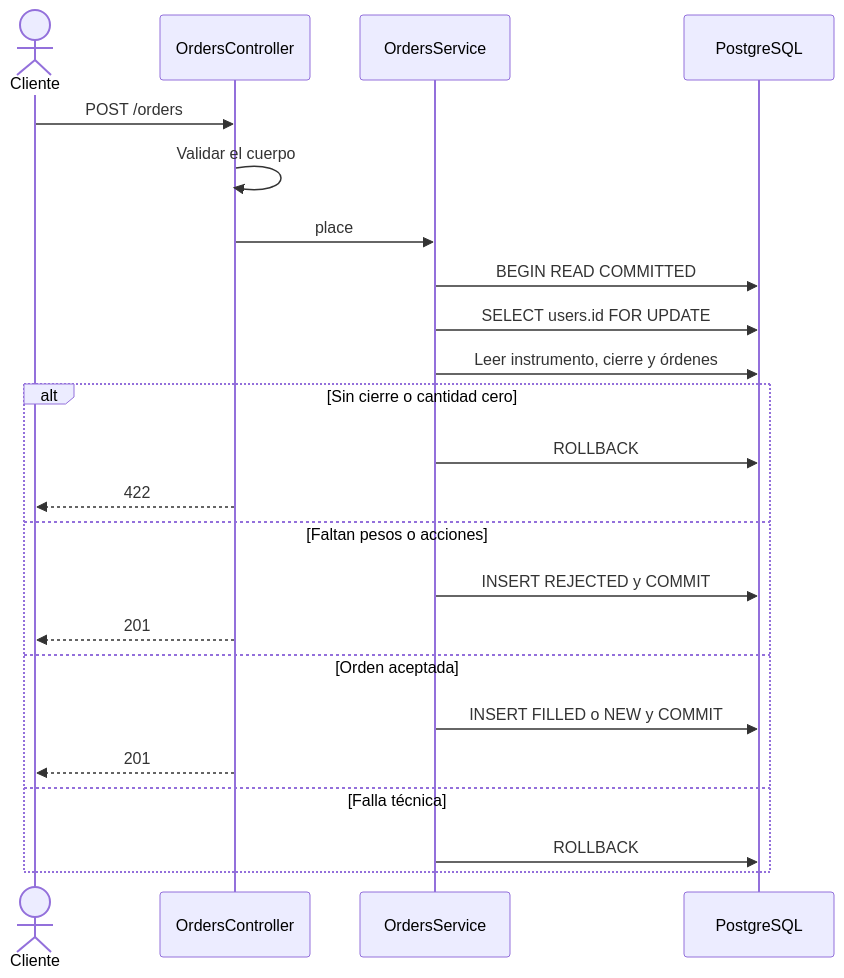
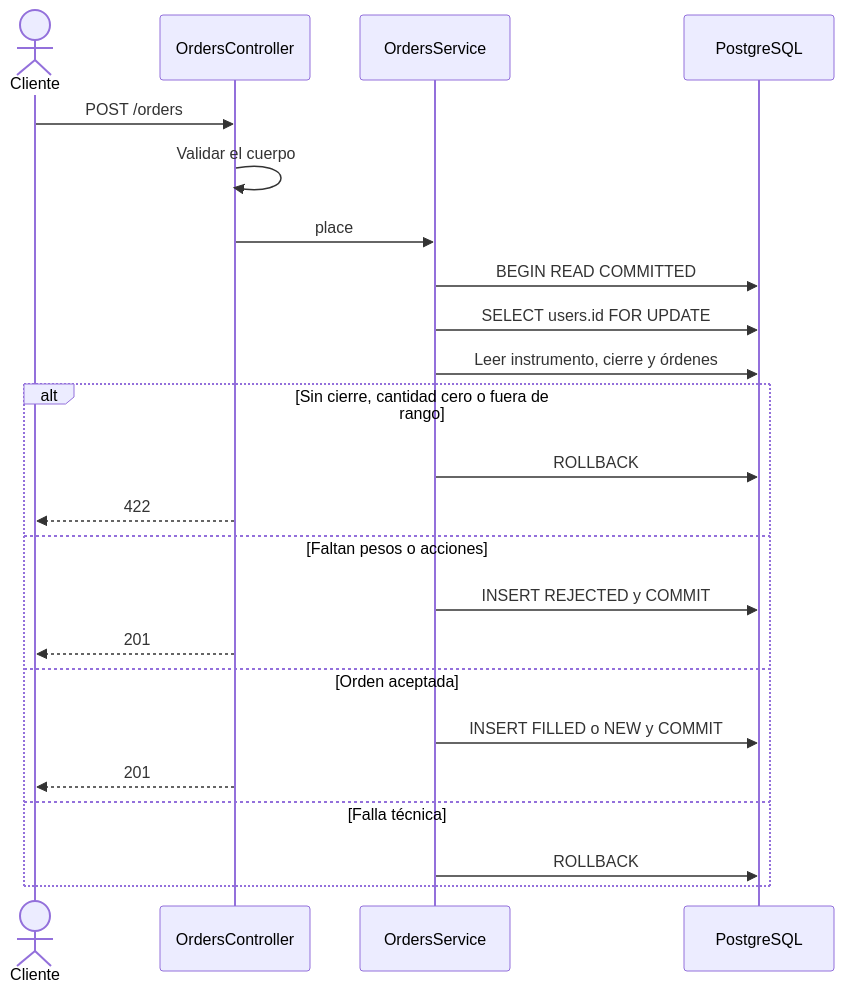
Before and after one commit to famosity/cocos-challenge-backend: the diagram in tecnico.md, drawn with Mermaid. The commit also changed other lines of this file and 6 other files, not shown here.

````diff
--- a/tecnico.md
+++ b/tecnico.md
@@ -35,25 +35,25 @@
 ```mermaid
 sequenceDiagram
     actor U as Cliente
     participant C as OrdersController
     participant S as OrdersService
     participant DB as PostgreSQL
     U->>C: POST /orders
     C->>C: Validar el cuerpo
     C->>S: place
     S->>DB: BEGIN READ COMMITTED
     S->>DB: SELECT users.id FOR UPDATE
     S->>DB: Leer instrumento, cierre y órdenes
-    alt Sin cierre o cantidad cero
+    alt Sin cierre, cantidad cero o fuera de rango
         S->>DB: ROLLBACK
         C-->>U: 422
     else Faltan pesos o acciones
         S->>DB: INSERT REJECTED y COMMIT
         C-->>U: 201
     else Orden aceptada
         S->>DB: INSERT FILLED o NEW y COMMIT
         C-->>U: 201
     else Falla técnica
         S->>DB: ROLLBACK
     end
 ```
````
